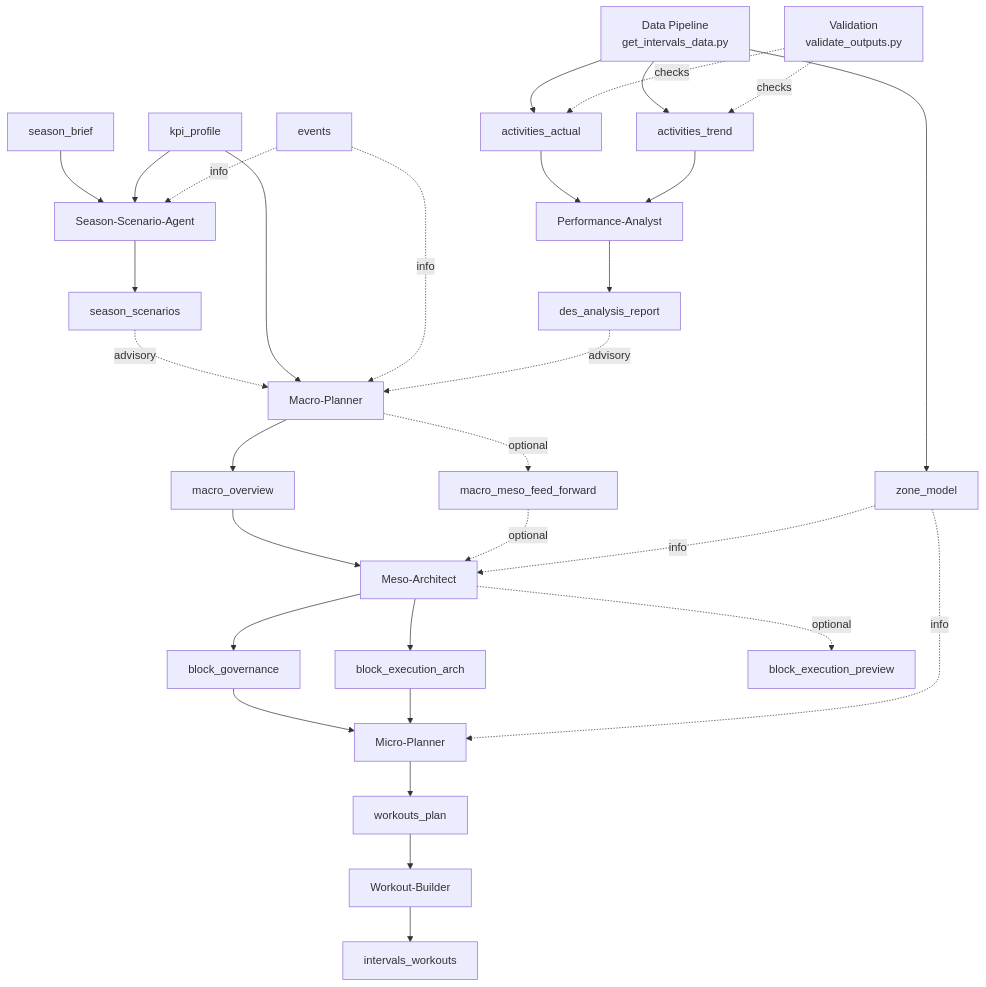
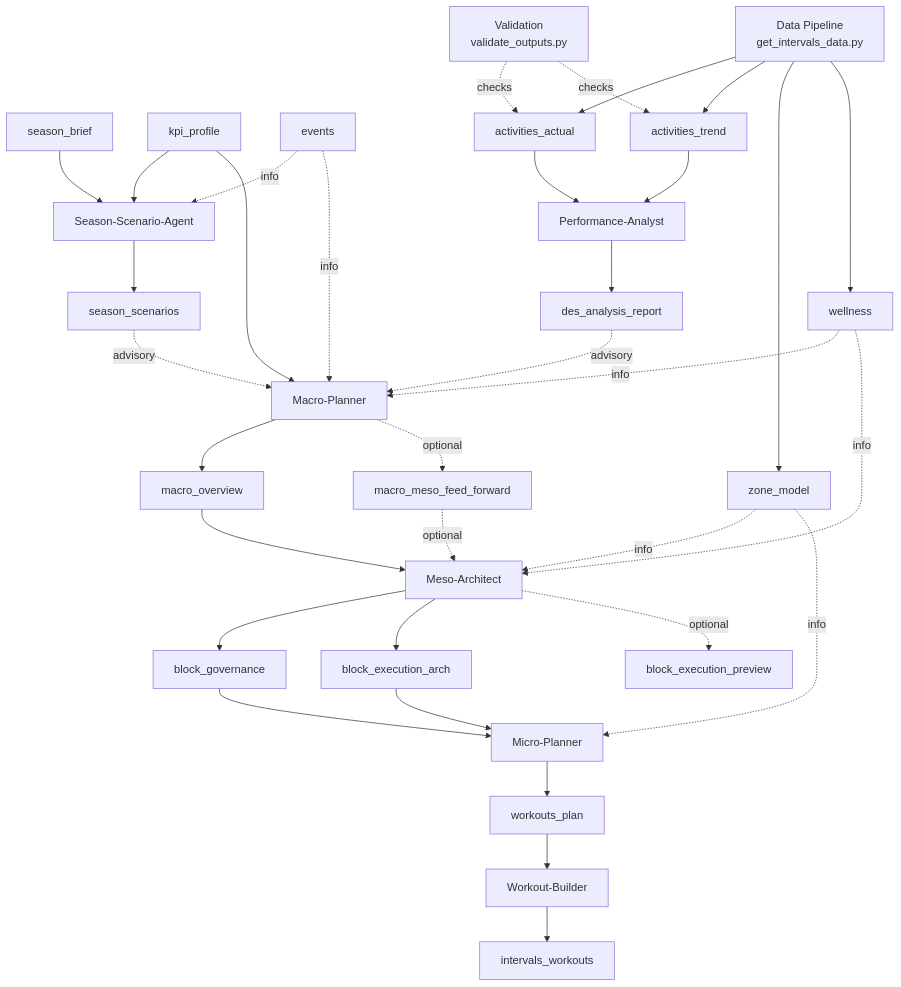
One commit to albauer-priv/RPS changed the first of 3 diagrams in doc/system_architecture.md. Above: the diagram before and after it, drawn with Mermaid. The commit also changed other lines of this file and 26 other files, not shown here.

Commit message:
Add wellness artifact pipeline and schema

````diff
--- a/doc/system_architecture.md
+++ b/doc/system_architecture.md
@@ -30,36 +30,39 @@
 ```mermaid
 flowchart TD
   SB[season_brief] --> SS[Season-Scenario-Agent]
   KP[kpi_profile] --> SS
   SS --> SC[season_scenarios]
   SC -. advisory .-> MA[Macro-Planner]
   KP --> MA
   EV[events] -. info .-> SS
   EV -. info .-> MA
   MA --> MO[macro_overview]
   MA -. optional .-> MMFF[macro_meso_feed_forward]
 
   MO --> ME[Meso-Architect]
   MMFF -. optional .-> ME
   ME --> BG[block_governance]
   ME --> BEA[block_execution_arch]
   ME -. optional .-> BEP[block_execution_preview]
 
   BG --> MI[Micro-Planner]
   BEA --> MI
   MI --> WP[workouts_plan]
   WP --> WB[Workout-Builder]
   WB --> WJ[intervals_workouts]
 
   DP[Data Pipeline\nget_intervals_data.py] --> AA[activities_actual]
   DP --> AT[activities_trend]
   DP --> ZM[zone_model]
+  DP --> WL[wellness]
   VA[Validation\nvalidate_outputs.py] -. checks .-> AA
   VA -. checks .-> AT
   AA --> PA[Performance-Analyst]
   AT --> PA
   ZM -. info .-> ME
   ZM -. info .-> MI
+  WL -. info .-> MA
+  WL -. info .-> ME
   PA --> DR[des_analysis_report]
   DR -. advisory .-> MA
 ```
````
